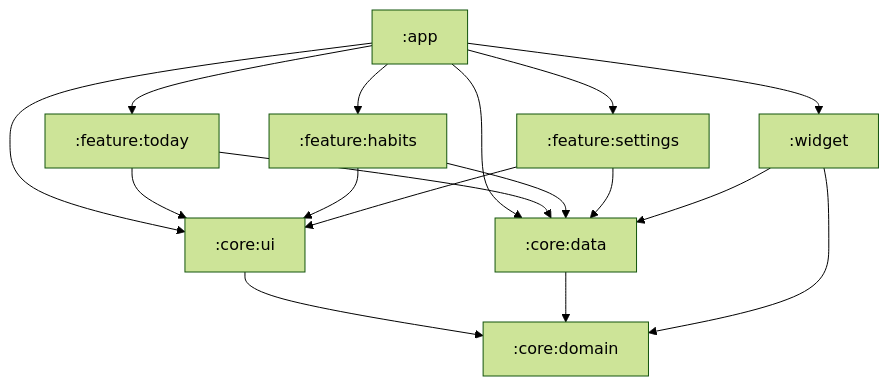
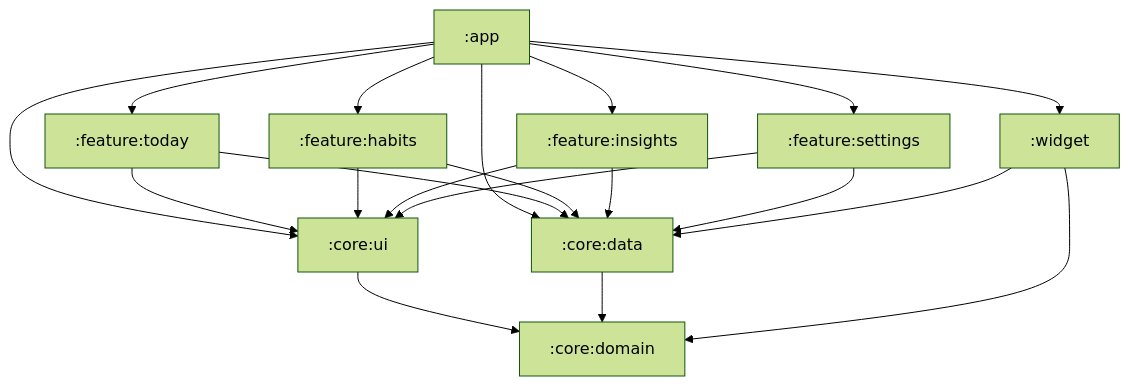
The diagram in docs/architecture.md (SiegfredLorelle/gawi), drawn with Mermaid (forest theme) before and after one commit. The commit also changed other lines of this file, not shown here.

First line of the commit message:
docs(arch): give insights its own module

````diff
--- a/docs/architecture.md
+++ b/docs/architecture.md
@@ -54,22 +55,25 @@
 ```mermaid
 graph TD
     app[":app"] --> today[":feature:today"]
     app --> habits[":feature:habits"]
+    app --> insights[":feature:insights"]
     app --> settings[":feature:settings"]
     app --> widget[":widget"]
     app --> ui[":core:ui"]
     app --> data[":core:data"]
 
     today --> ui
     habits --> ui
+    insights --> ui
     settings --> ui
 
     today --> data
     habits --> data
+    insights --> data
     settings --> data
     widget --> data
 
     ui --> domain[":core:domain"]
     data --> domain
     widget --> domain
 ```
````
